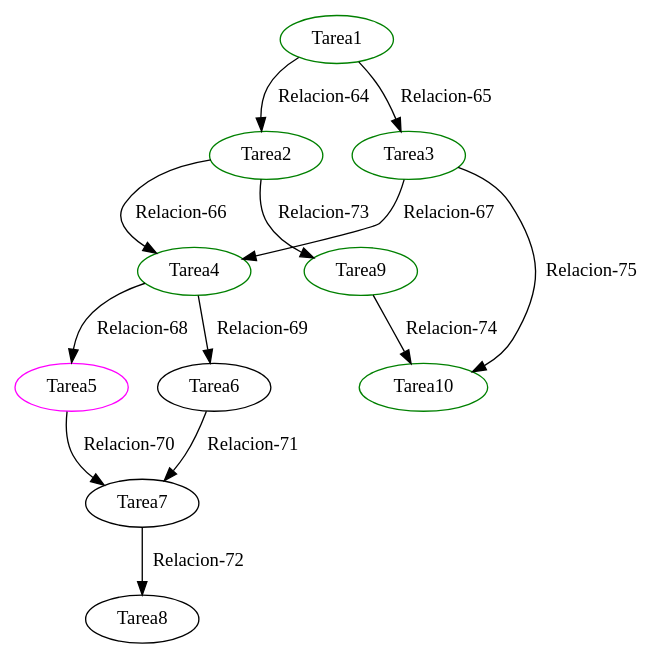
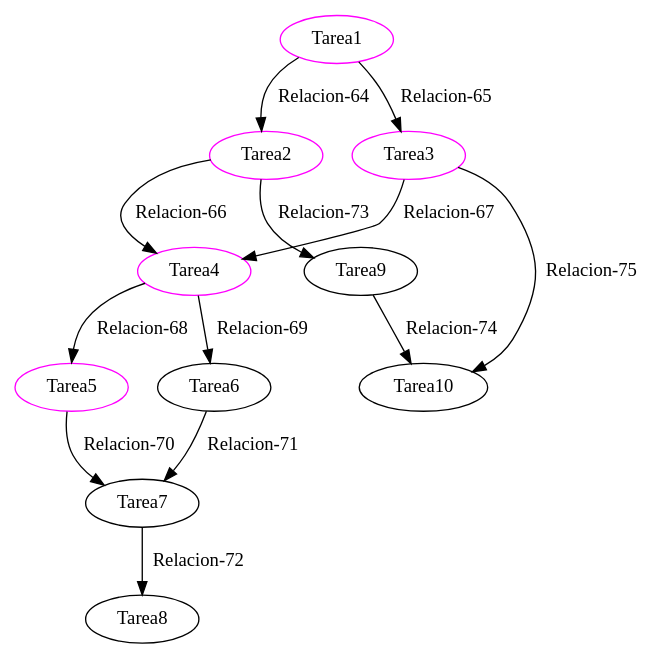
Before and after one commit to ExceptionMaster/PI3: the diagram in exports/ejercicio3b_1.dot, drawn with Graphviz. The commit also changed 4 other files, not shown here.

```diff
--- a/exports/ejercicio3b_1.dot
+++ b/exports/ejercicio3b_1.dot
@@ -1,24 +1,24 @@
 strict digraph G {
-  1 [ color="green" label="Tarea1" ];
-  2 [ color="green" label="Tarea2" ];
-  3 [ color="green" label="Tarea3" ];
-  4 [ color="green" label="Tarea4" ];
+  1 [ color="magenta" label="Tarea1" ];
+  2 [ color="magenta" label="Tarea2" ];
+  3 [ color="magenta" label="Tarea3" ];
+  4 [ color="magenta" label="Tarea4" ];
   5 [ color="magenta" label="Tarea5" ];
   6 [ color="black" label="Tarea6" ];
   7 [ color="black" label="Tarea7" ];
   8 [ color="black" label="Tarea8" ];
-  9 [ color="green" label="Tarea9" ];
-  10 [ color="green" label="Tarea10" ];
+  9 [ color="black" label="Tarea9" ];
+  10 [ color="black" label="Tarea10" ];
   1 -> 2 [ color="black" label="Relacion-64" ];
   1 -> 3 [ color="black" label="Relacion-65" ];
   2 -> 4 [ color="black" label="Relacion-66" ];
   3 -> 4 [ color="black" label="Relacion-67" ];
   4 -> 5 [ color="black" label="Relacion-68" ];
   4 -> 6 [ color="black" label="Relacion-69" ];
   5 -> 7 [ color="black" label="Relacion-70" ];
   6 -> 7 [ color="black" label="Relacion-71" ];
   7 -> 8 [ color="black" label="Relacion-72" ];
   2 -> 9 [ color="black" label="Relacion-73" ];
   9 -> 10 [ color="black" label="Relacion-74" ];
   3 -> 10 [ color="black" label="Relacion-75" ];
 }
```
